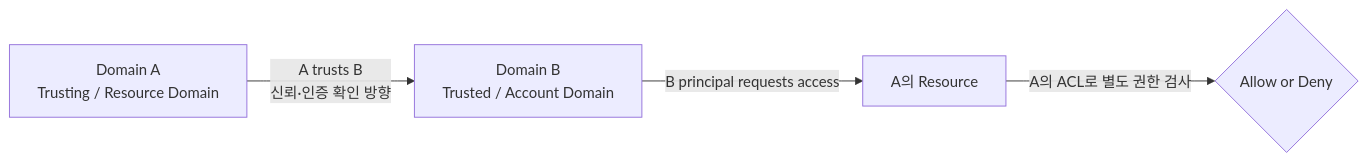
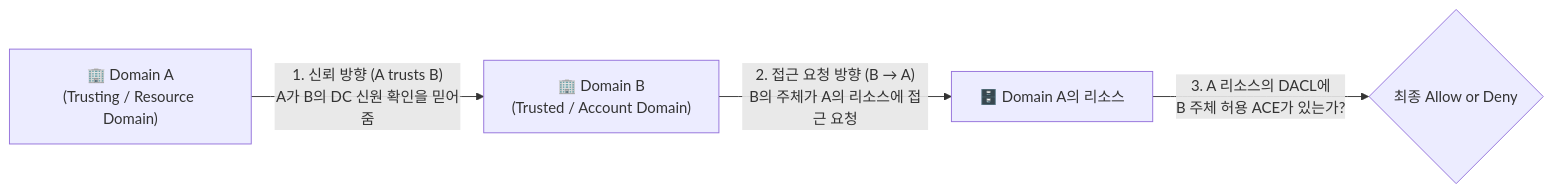
One commit to gooyong-sec/gooyong-sec.github.io changed the fourth of 4 diagrams in content/OSCP/공격 체인 이전의 AD 아키텍처 기초 — Kerberos, NTLM, DACL·ACE, GPO·SYSVOL, 도메인 트러스트.md. Above: the diagram before and after it, drawn with Mermaid. The commit also changed other lines of this file and 68 other files, not shown here.

````diff
--- a/content/OSCP/공격 체인 이전의 AD 아키텍처 기초 — Kerberos, NTLM, DACL·ACE, GPO·SYSVOL, 도메인 트러스트.md
+++ b/content/OSCP/공격 체인 이전의 AD 아키텍처 기초 — Kerberos, NTLM, DACL·ACE, GPO·SYSVOL, 도메인 트러스트.md
@@ -161,8 +190,8 @@
 ```mermaid
 flowchart LR
-    A[Domain A<br/>Trusting / Resource Domain]
-    B[Domain B<br/>Trusted / Account Domain]
-    A -->|A trusts B<br/>신뢰·인증 확인 방향| B
-    B -->|B principal requests access| R[A의 Resource]
-    R -->|A의 ACL로 별도 권한 검사| X{Allow or Deny}
+    A["🏢 Domain A<br/>(Trusting / Resource Domain)"]
+    B["🏢 Domain B<br/>(Trusted / Account Domain)"]
+    A -->|"1. 신뢰 방향 (A trusts B)<br/>A가 B의 DC 신원 확인을 믿어줌"| B
+    B -->|"2. 접근 요청 방향 (B → A)<br/>B의 주체가 A의 리소스에 접근 요청"| R["🗄️ Domain A의 리소스"]
+    R -->|"3. A 리소스의 DACL에<br/>B 주체 허용 ACE가 있는가?"| X{"최종 Allow or Deny"}
 ```
````
